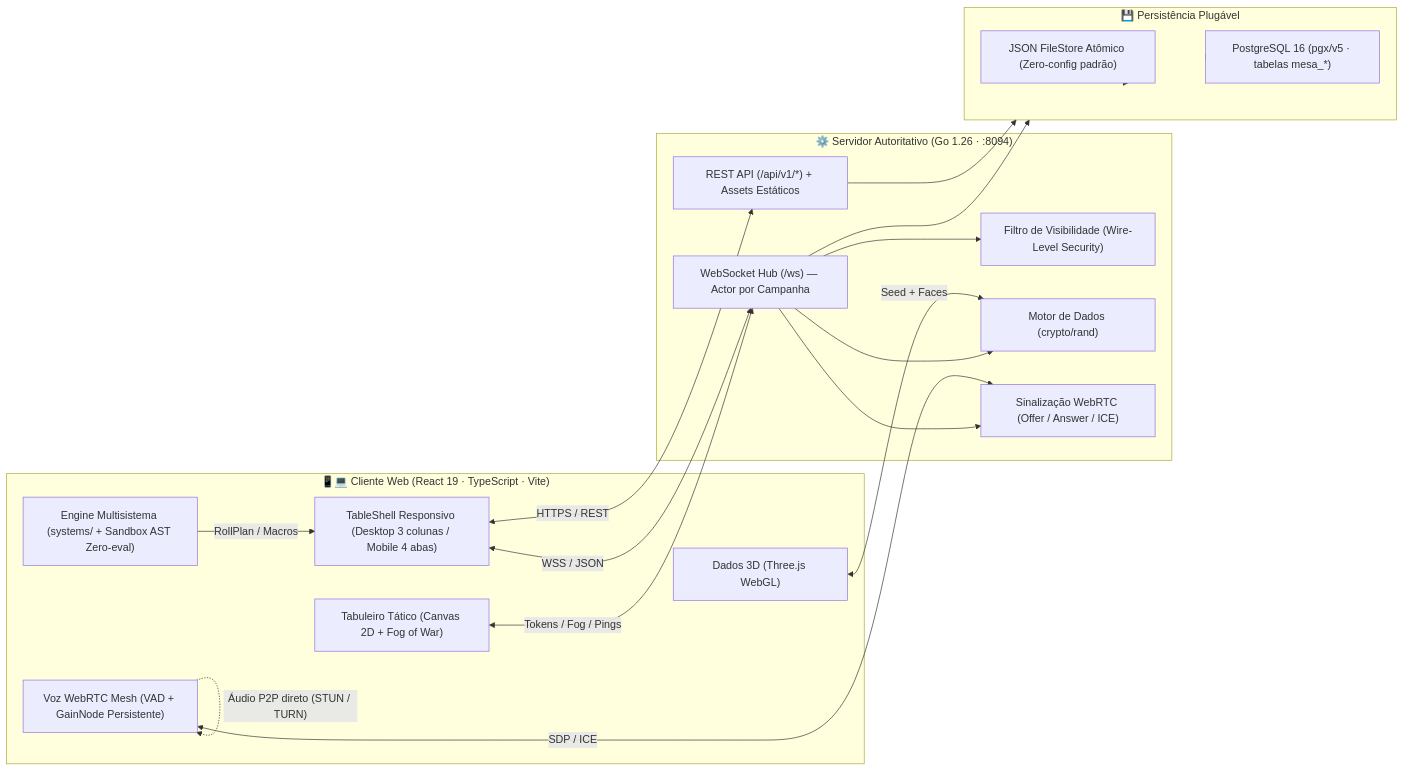
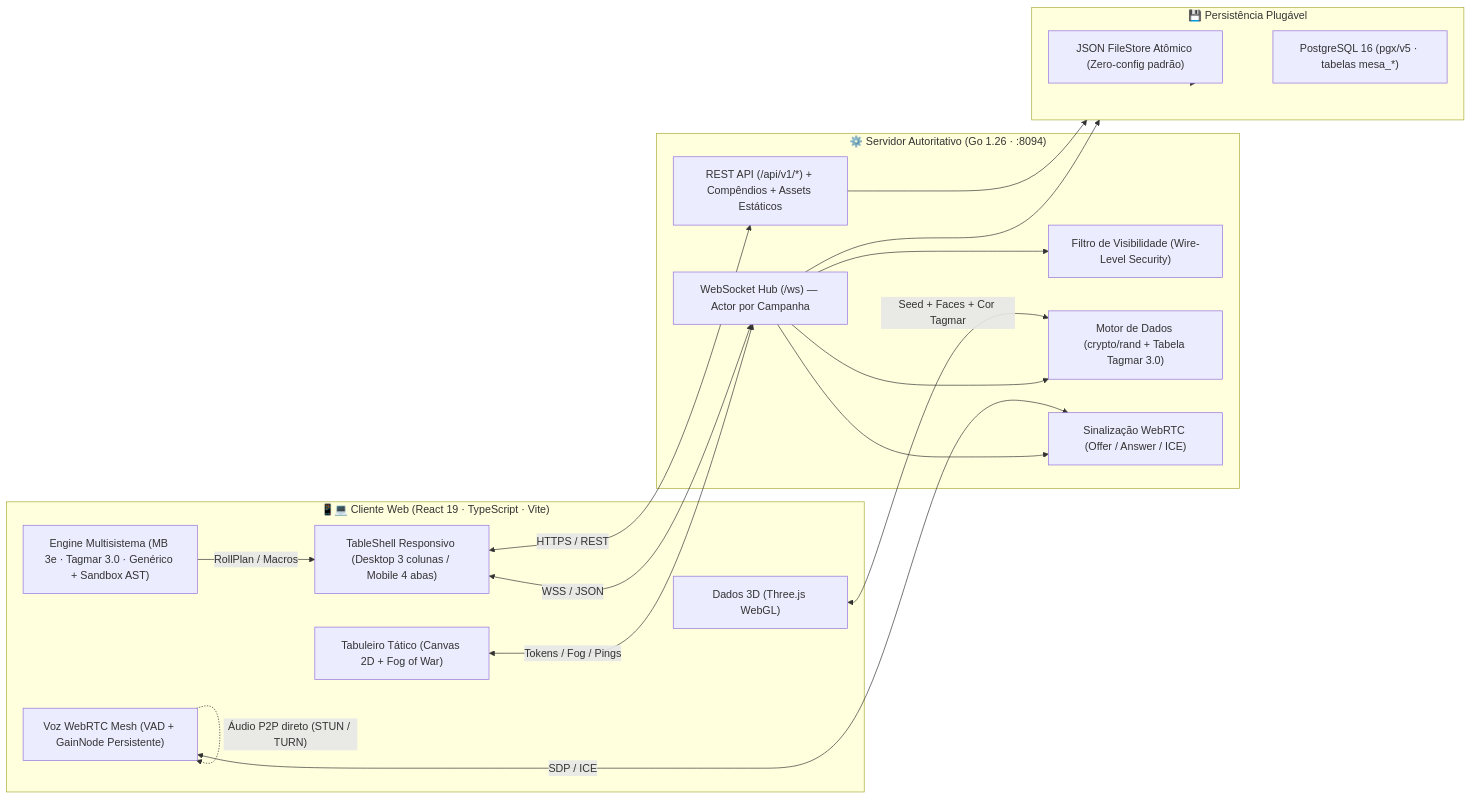
One commit to chadvictor/mesa-vtt changed the diagram in README.md. Above: the diagram before and after it, drawn with Mermaid. The commit also changed other lines of this file and 51 other files, not shown here.

````diff
--- a/README.md
+++ b/README.md
@@ -115,39 +163,39 @@
 ```mermaid
 flowchart LR
     subgraph Client["📱💻 Cliente Web (React 19 · TypeScript · Vite)"]
         UI["TableShell Responsivo (Desktop 3 colunas / Mobile 4 abas)"]
         Dice["Dados 3D (Three.js WebGL)"]
         Map["Tabuleiro Tático (Canvas 2D + Fog of War)"]
-        Sys["Engine Multisistema (systems/ + Sandbox AST Zero-eval)"]
+        Sys["Engine Multisistema (MB 3e · Tagmar 3.0 · Genérico + Sandbox AST)"]
         Voice["Voz WebRTC Mesh (VAD + GainNode Persistente)"]
     end
 
     subgraph Server["⚙️ Servidor Autoritativo (Go 1.26 · :8094)"]
-        API["REST API (/api/v1/*) + Assets Estáticos"]
+        API["REST API (/api/v1/*) + Compêndios + Assets Estáticos"]
         Hub["WebSocket Hub (/ws) — Actor por Campanha"]
         Sec["Filtro de Visibilidade (Wire-Level Security)"]
-        RNG["Motor de Dados (crypto/rand)"]
+        RNG["Motor de Dados (crypto/rand + Tabela Tagmar 3.0)"]
         Sig["Sinalização WebRTC (Offer / Answer / ICE)"]
     end
 
     subgraph Storage["💾 Persistência Plugável"]
         JSON["JSON FileStore Atômico (Zero-config padrão)"]
         PG["PostgreSQL 16 (pgx/v5 · tabelas mesa_*)"]
     end
 
     UI <-->|"HTTPS / REST"| API
     UI <-->|"WSS / JSON"| Hub
-    Dice <-->|"Seed + Faces"| RNG
+    Dice <-->|"Seed + Faces + Cor Tagmar"| RNG
     Map <-->|"Tokens / Fog / Pings"| Hub
     Sys -->|"RollPlan / Macros"| UI
     Voice <-->|"SDP / ICE"| Sig
     Voice -.->|"Áudio P2P direto (STUN / TURN)"| Voice
 
     Hub --> Sec
     Hub --> RNG
     Hub --> Sig
     API --> Storage
     Hub --> Storage
     Storage --> JSON
     Storage --> PG
 ```
````
